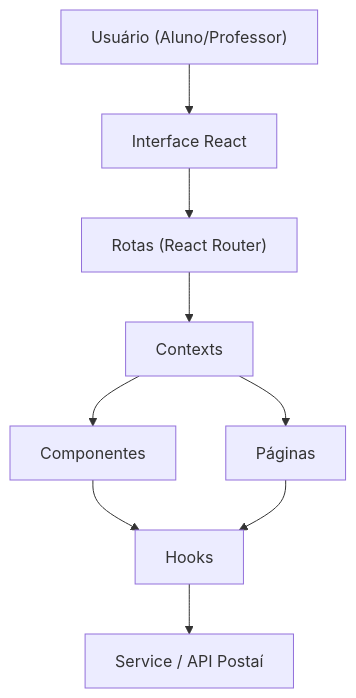
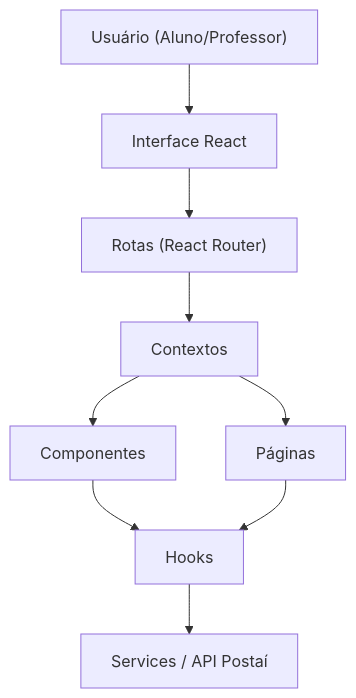
Before and after one commit to cilolata/tech-chanllenge-frontend: the diagram in README.md, drawn with Mermaid.

````diff
--- a/README.md
+++ b/README.md
@@ -45,12 +45,12 @@
 ```mermaid
 flowchart TB
   A["Usuário (Aluno/Professor)"] --> B["Interface React"]
   B --> C["Rotas (React Router)"]
   I --> D["Páginas"]
   E --> J["Hooks"]
   D --> J["Hooks"]
   I --> E["Componentes"]
-  J --> G["Service / API Postaí"]
-  C --> I["Contexts"]
+  J --> G["Services / API Postaí"]
+  C --> I["Contextos"]
 
 ```
````
